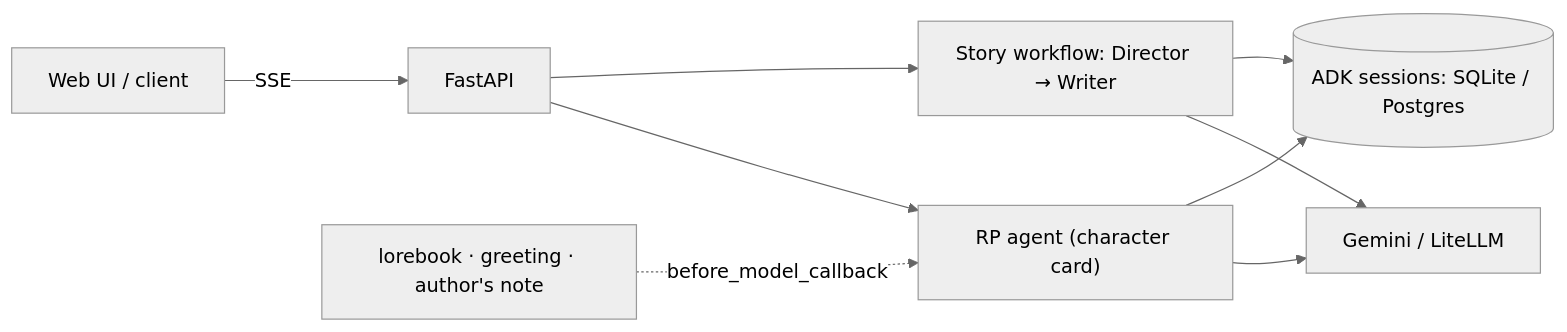
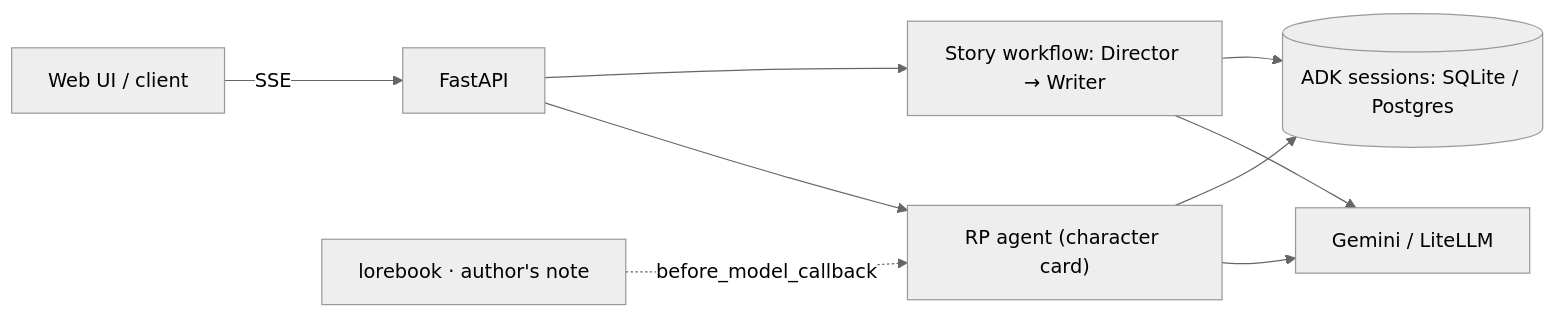
Before and after one commit to tangcc35/slm-vlm-post-training: the diagram in README.md, drawn with Mermaid (neutral theme). The commit also changed other lines of this file, not shown here.

````diff
--- a/README.md
+++ b/README.md
@@ -82,11 +82,11 @@
 ```mermaid
 flowchart LR
     UI[Web UI / client] -->|SSE| API[FastAPI]
     API --> RP["RP agent (character card)"]
     API --> WF["Story workflow: Director → Writer"]
-    INJ["lorebook · greeting · author's note"] -. before_model_callback .-> RP
+    INJ["lorebook · author's note"] -. before_model_callback .-> RP
     RP --> LLM[Gemini / LiteLLM]
     WF --> LLM
     RP --> DB[("ADK sessions: SQLite / Postgres")]
     WF --> DB
 ```
````
